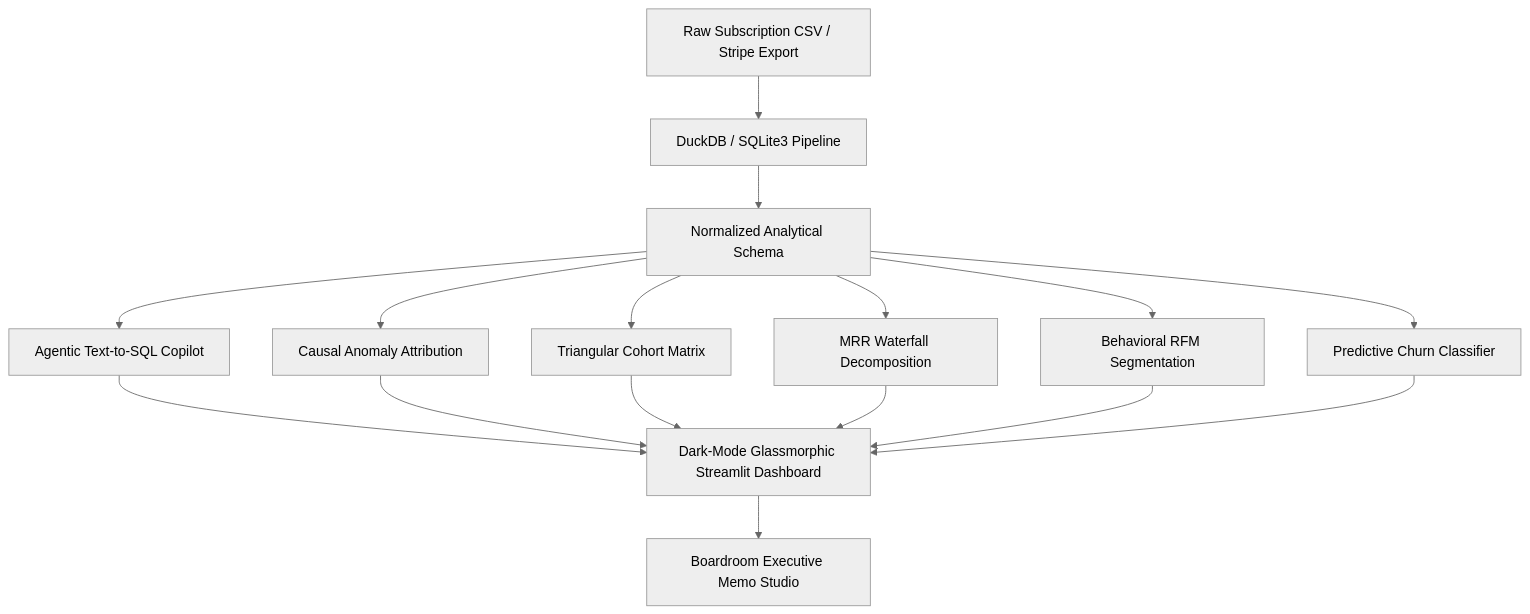
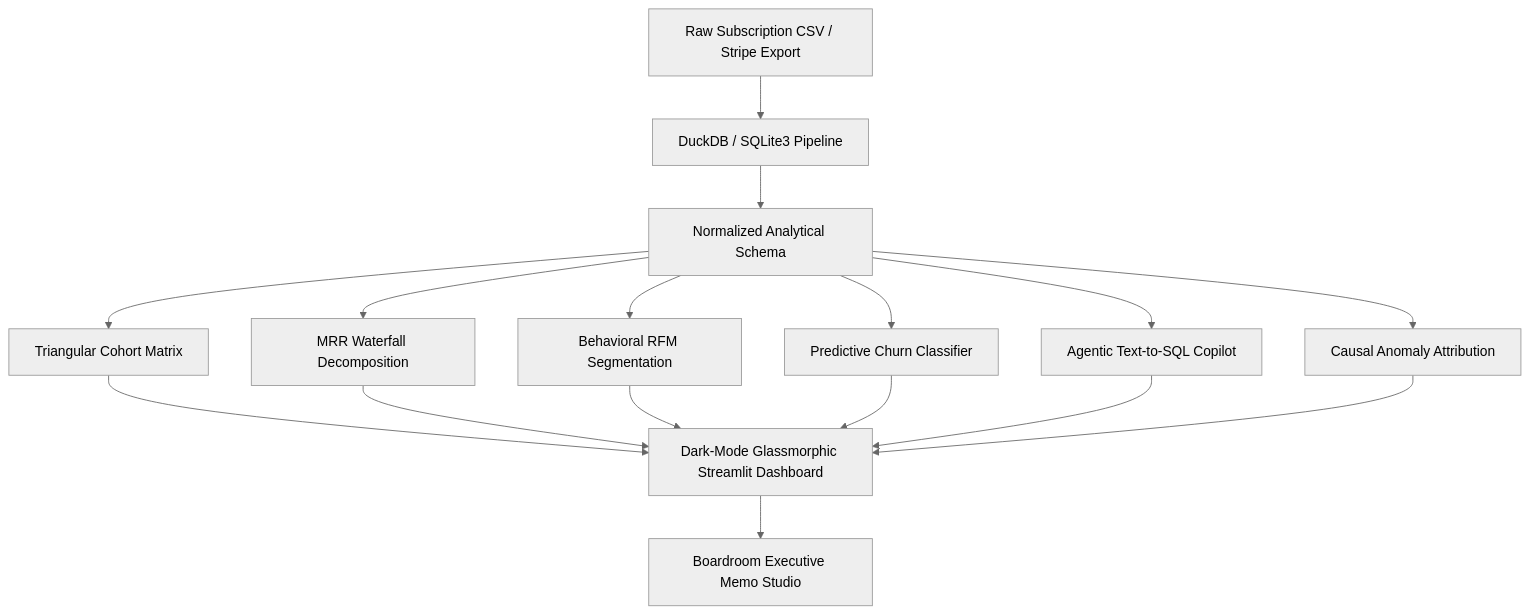
One commit to anujmundu/pulsemetrics-bi changed the diagram in README.md. Above: the diagram before and after it, drawn with Mermaid (neutral theme). The commit also changed 1 other file, not shown here.

Commit message:
fix(docs): format Mermaid diagram node quotes for GitHub rendering

````diff
--- a/README.md
+++ b/README.md
@@ -101,13 +101,18 @@
 ```mermaid
-graph TD
-    A[Raw Subscription CSV / Stripe Export] --> B[DuckDB / SQLite3 Pipeline]
-    B --> C[Normalized Analytical Schema]
-    C --> D1[Triangular Cohort Matrix]
-    C --> D2[MRR Waterfall Decomposition]
-    C --> D3[Behavioral RFM Segmentation]
-    C --> D4[Predictive Churn Classifier]
-    C --> E[Agentic Text-to-SQL Copilot]
-    C --> F[Causal Anomaly Attribution]
-    E & F & D1 & D2 & D3 & D4 --> G[Dark-Mode Glassmorphic Streamlit Dashboard]
-    G --> H[Boardroom Executive Memo Studio]
+flowchart TD
+    A["Raw Subscription CSV / Stripe Export"] --> B["DuckDB / SQLite3 Pipeline"]
+    B --> C["Normalized Analytical Schema"]
+    C --> D1["Triangular Cohort Matrix"]
+    C --> D2["MRR Waterfall Decomposition"]
+    C --> D3["Behavioral RFM Segmentation"]
+    C --> D4["Predictive Churn Classifier"]
+    C --> E["Agentic Text-to-SQL Copilot"]
+    C --> F["Causal Anomaly Attribution"]
+    D1 --> G["Dark-Mode Glassmorphic Streamlit Dashboard"]
+    D2 --> G
+    D3 --> G
+    D4 --> G
+    E --> G
+    F --> G
+    G --> H["Boardroom Executive Memo Studio"]
 ```
````
